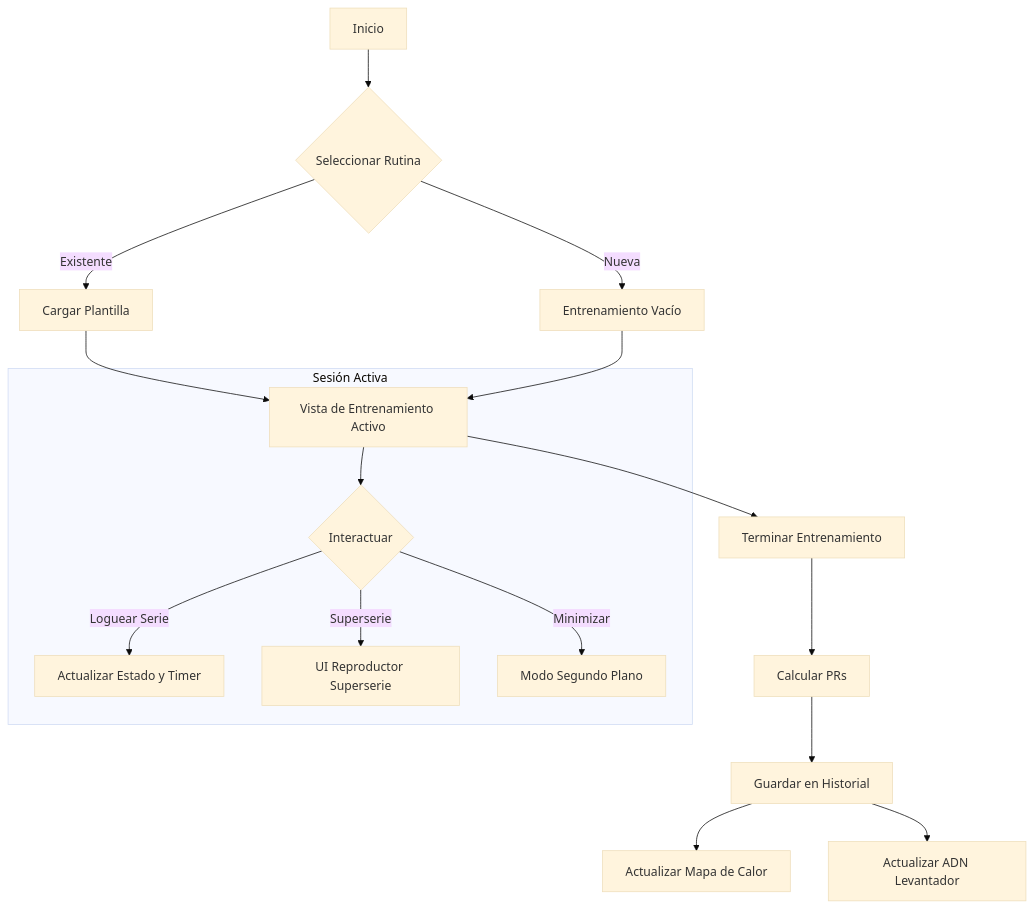
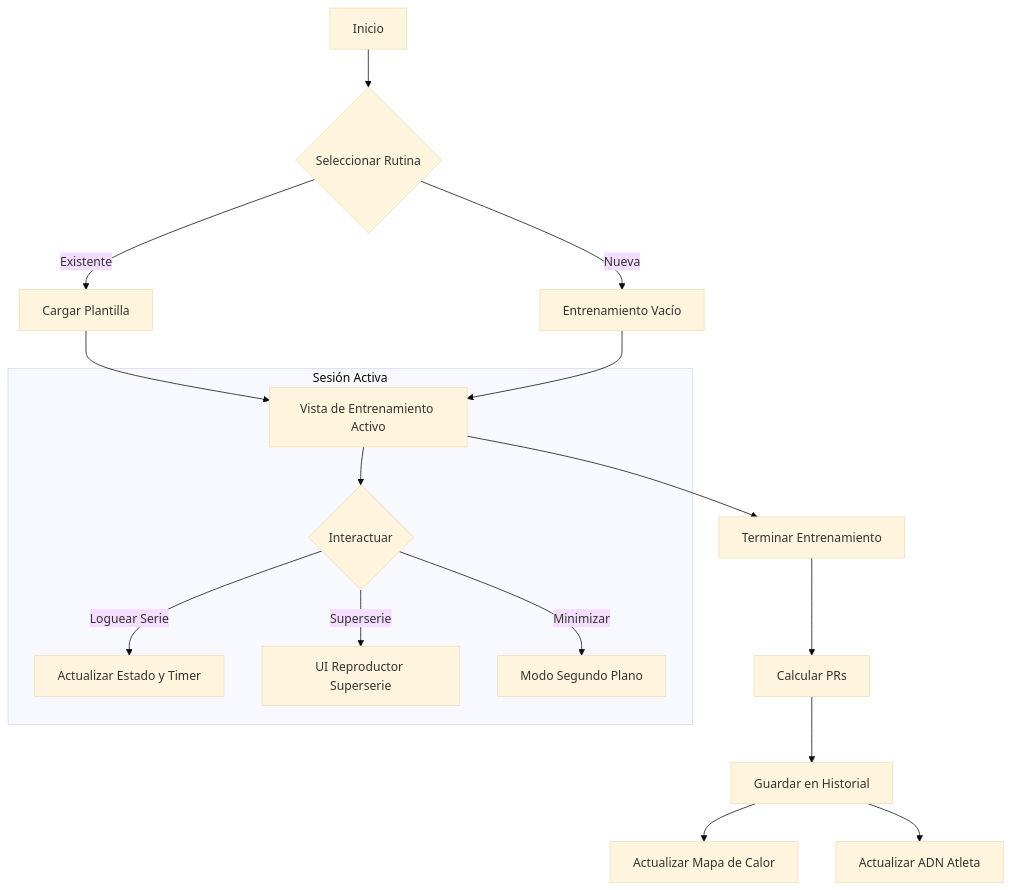
Before and after one commit to JuanchoGithub/gym-tracker: the first of 3 diagrams in LEEME.md, drawn with Mermaid (base theme). The commit also changed other lines of this file, not shown here.

````diff
--- a/LEEME.md
+++ b/LEEME.md
@@ -142,21 +143,21 @@
 ```mermaid
 graph TD
     A[Inicio] --> B{Seleccionar Rutina}
     B -->|Existente| C[Cargar Plantilla]
     B -->|Nueva| D[Entrenamiento Vacío]
     C --> E[Vista de Entrenamiento Activo]
     D --> E
     
     subgraph Sesión Activa
     E --> F{Interactuar}
     F -->|Loguear Serie| G[Actualizar Estado y Timer]
     F -->|Superserie| H[UI Reproductor Superserie]
     F -->|Minimizar| I[Modo Segundo Plano]
     end
     
     E --> J[Terminar Entrenamiento]
     J --> K[Calcular PRs]
     K --> L[Guardar en Historial]
     L --> M[Actualizar Mapa de Calor]
-    L --> N[Actualizar ADN Levantador]
+    L --> N[Actualizar ADN Atleta]
 ```
````
